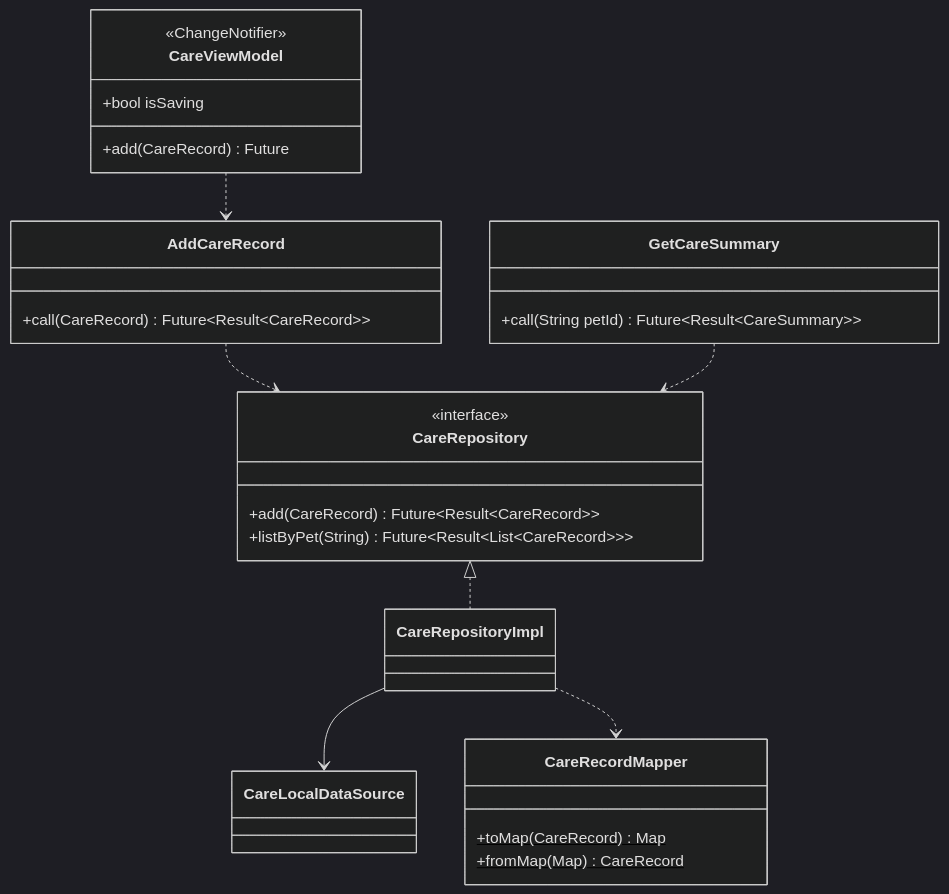
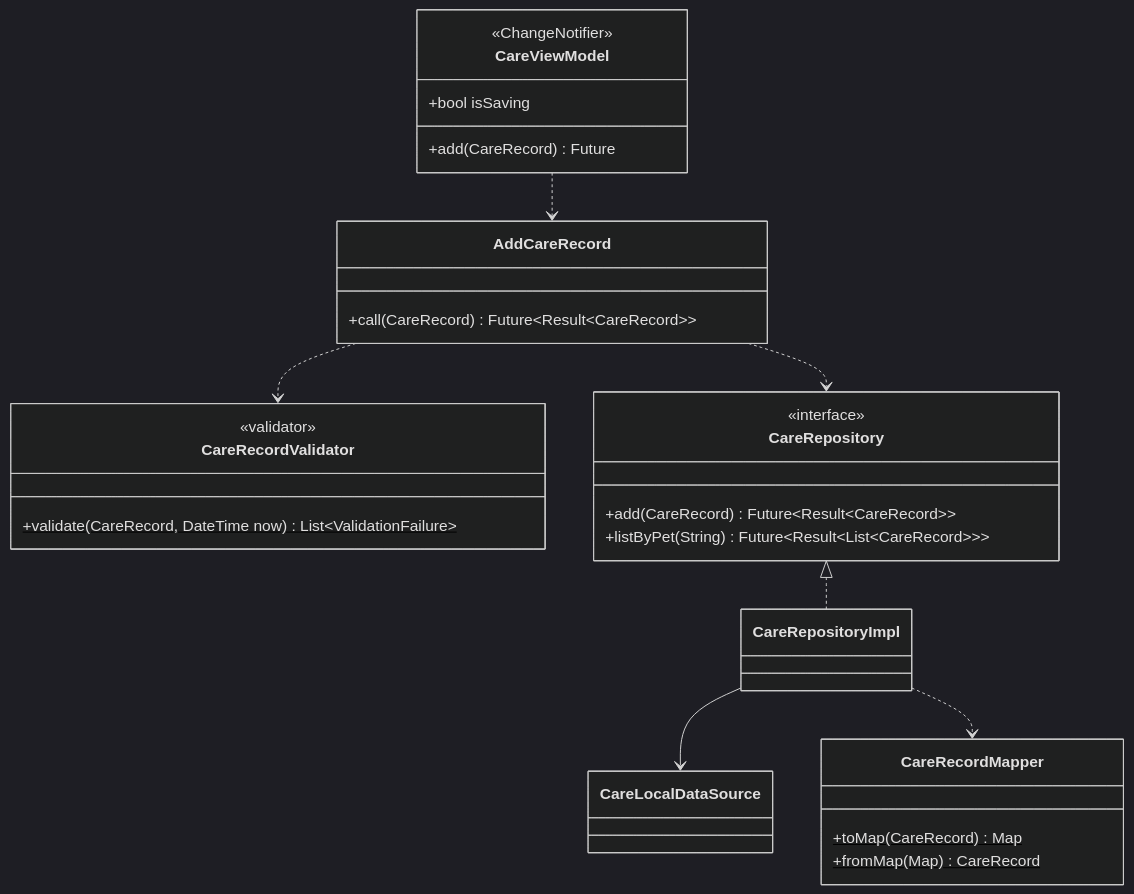
The second of 3 diagrams in docs/uml/classes-camadas.md (marcondessimAO/mapa-do-pet), drawn with Mermaid (dark theme) before and after one commit. The commit also changed 16 other files, not shown here.

First line of the commit message:
feat: accessibility, OSM attribution link, full-flow test and presentation script (Phase 6)

````diff
--- a/docs/uml/classes-camadas.md
+++ b/docs/uml/classes-camadas.md
@@ -89,33 +89,34 @@
 ```mermaid
 classDiagram
   direction TB
   class CareViewModel {
     <<ChangeNotifier>>
     +bool isSaving
     +add(CareRecord) Future
   }
+  class CareRecordValidator {
+    <<validator>>
+    +validate(CareRecord, DateTime now)$ List~ValidationFailure~
+  }
   class AddCareRecord {
     +call(CareRecord) Future~Result~CareRecord~~
-  }
-  class GetCareSummary {
-    +call(String petId) Future~Result~CareSummary~~
   }
   class CareRepository {
     <<interface>>
     +add(CareRecord) Future~Result~CareRecord~~
     +listByPet(String) Future~Result~List~CareRecord~~~
   }
   class CareRepositoryImpl
   class CareLocalDataSource
   class CareRecordMapper {
     +toMap(CareRecord) Map$
     +fromMap(Map) CareRecord$
   }
 
   CareViewModel ..> AddCareRecord
+  AddCareRecord ..> CareRecordValidator
   AddCareRecord ..> CareRepository
-  GetCareSummary ..> CareRepository
   CareRepository <|.. CareRepositoryImpl
   CareRepositoryImpl --> CareLocalDataSource
   CareRepositoryImpl ..> CareRecordMapper
 ```
````
